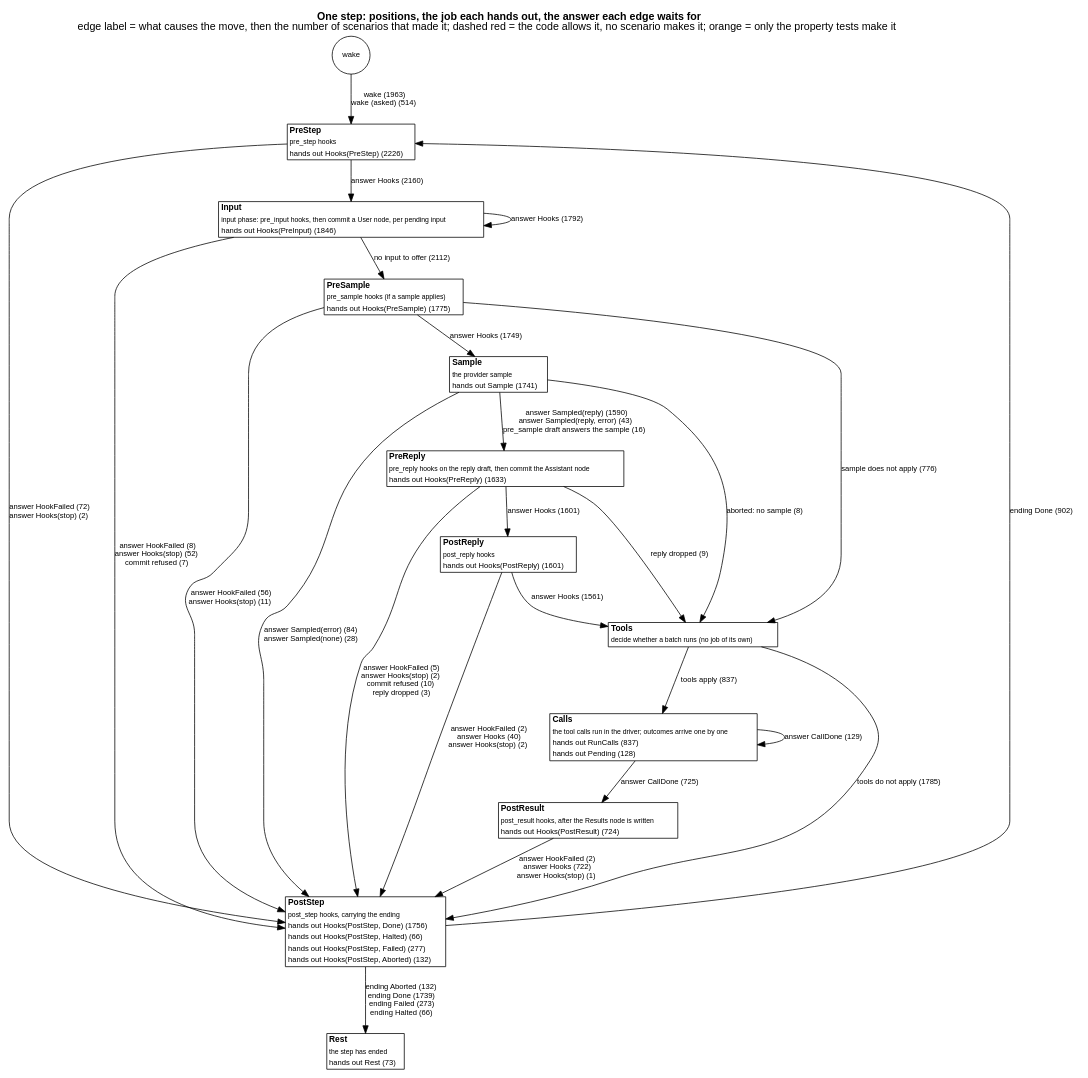
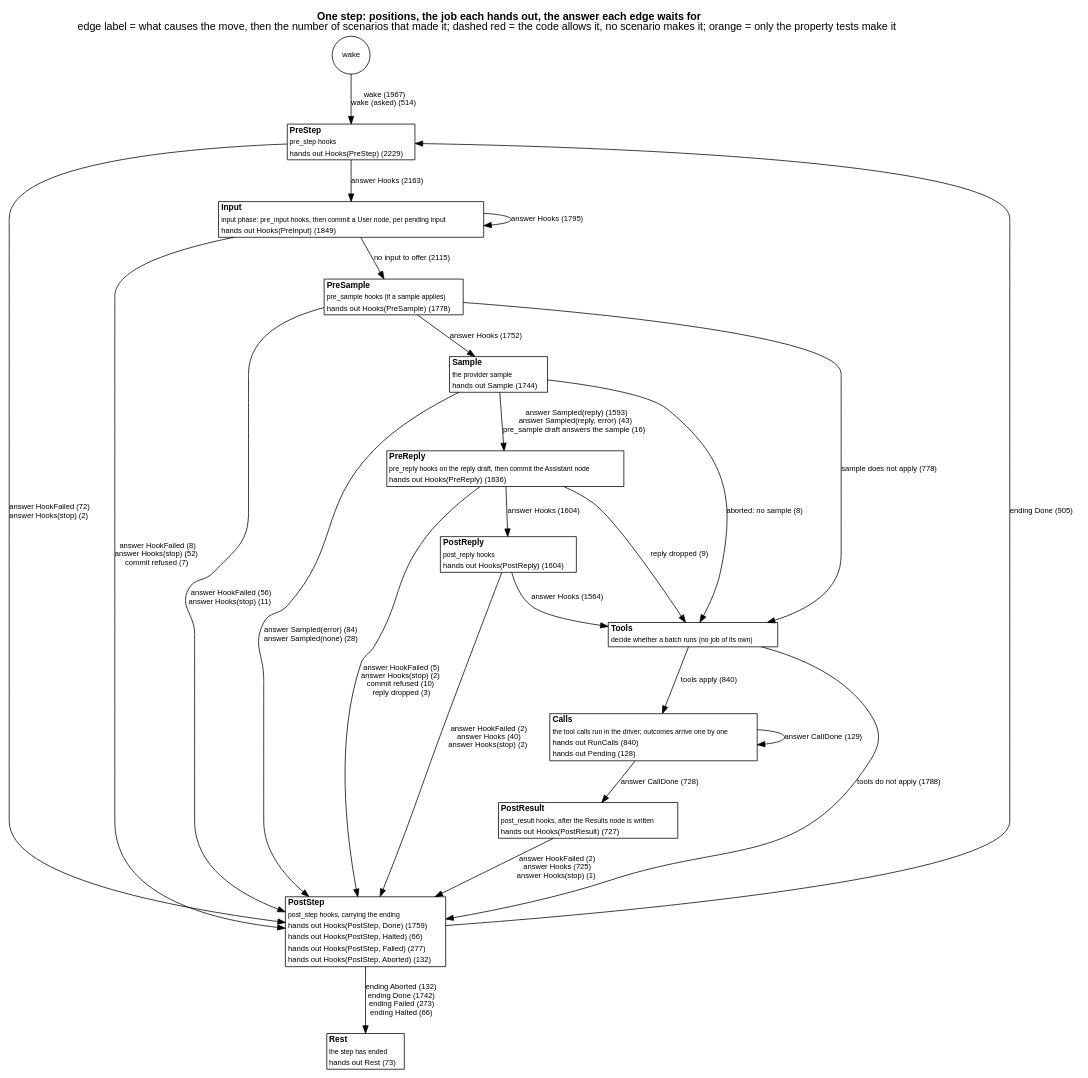
One commit to jmccardle/tau changed the diagram in docs/as-built/diagrams/step-positions.dot. Above: the diagram before and after it, drawn with Graphviz. The commit also changed 2 other files, not shown here.

Commit message:
as-built diagrams: refreshed; the image tests add their runs to the counts

```diff
--- a/docs/as-built/diagrams/step-positions.dot
+++ b/docs/as-built/diagrams/step-positions.dot
@@ -1,42 +1,42 @@
 // Generated by scripts/diagrams.sh from the test suites' transitions. Do not edit.
 digraph step_positions {
   graph [rankdir=TB, fontname="Helvetica", nodesep=0.5, ranksep=0.6, labelloc=t, label=<<b>One step: positions, the job each hands out, the answer each edge waits for</b><br/>edge label = what causes the move, then the number of scenarios that made it; dashed red = the code allows it, no scenario makes it; orange = only the property tests make it>];
   node [shape=plain, fontname="Helvetica", fontsize=11];
   edge [fontname="Helvetica", fontsize=10];
   "(wake)" [shape=circle, label="wake", fontsize=10];
-  "PreStep" [label=<<table border="1" cellborder="0" cellspacing="0" bgcolor="white"><tr><td align="left"><b>PreStep</b></td></tr><tr><td align="left"><font point-size="9">pre_step hooks</font></td></tr><tr><td align="left"><font color="black" point-size="10">hands out Hooks(PreStep) (2226)</font></td></tr></table>>];
-  "Input" [label=<<table border="1" cellborder="0" cellspacing="0" bgcolor="white"><tr><td align="left"><b>Input</b></td></tr><tr><td align="left"><font point-size="9">input phase: pre_input hooks, then commit a User node, per pending input</font></td></tr><tr><td align="left"><font color="black" point-size="10">hands out Hooks(PreInput) (1846)</font></td></tr></table>>];
-  "PreSample" [label=<<table border="1" cellborder="0" cellspacing="0" bgcolor="white"><tr><td align="left"><b>PreSample</b></td></tr><tr><td align="left"><font point-size="9">pre_sample hooks (if a sample applies)</font></td></tr><tr><td align="left"><font color="black" point-size="10">hands out Hooks(PreSample) (1775)</font></td></tr></table>>];
-  "Sample" [label=<<table border="1" cellborder="0" cellspacing="0" bgcolor="white"><tr><td align="left"><b>Sample</b></td></tr><tr><td align="left"><font point-size="9">the provider sample</font></td></tr><tr><td align="left"><font color="black" point-size="10">hands out Sample (1741)</font></td></tr></table>>];
-  "PreReply" [label=<<table border="1" cellborder="0" cellspacing="0" bgcolor="white"><tr><td align="left"><b>PreReply</b></td></tr><tr><td align="left"><font point-size="9">pre_reply hooks on the reply draft, then commit the Assistant node</font></td></tr><tr><td align="left"><font color="black" point-size="10">hands out Hooks(PreReply) (1633)</font></td></tr></table>>];
-  "PostReply" [label=<<table border="1" cellborder="0" cellspacing="0" bgcolor="white"><tr><td align="left"><b>PostReply</b></td></tr><tr><td align="left"><font point-size="9">post_reply hooks</font></td></tr><tr><td align="left"><font color="black" point-size="10">hands out Hooks(PostReply) (1601)</font></td></tr></table>>];
+  "PreStep" [label=<<table border="1" cellborder="0" cellspacing="0" bgcolor="white"><tr><td align="left"><b>PreStep</b></td></tr><tr><td align="left"><font point-size="9">pre_step hooks</font></td></tr><tr><td align="left"><font color="black" point-size="10">hands out Hooks(PreStep) (2229)</font></td></tr></table>>];
+  "Input" [label=<<table border="1" cellborder="0" cellspacing="0" bgcolor="white"><tr><td align="left"><b>Input</b></td></tr><tr><td align="left"><font point-size="9">input phase: pre_input hooks, then commit a User node, per pending input</font></td></tr><tr><td align="left"><font color="black" point-size="10">hands out Hooks(PreInput) (1849)</font></td></tr></table>>];
+  "PreSample" [label=<<table border="1" cellborder="0" cellspacing="0" bgcolor="white"><tr><td align="left"><b>PreSample</b></td></tr><tr><td align="left"><font point-size="9">pre_sample hooks (if a sample applies)</font></td></tr><tr><td align="left"><font color="black" point-size="10">hands out Hooks(PreSample) (1778)</font></td></tr></table>>];
+  "Sample" [label=<<table border="1" cellborder="0" cellspacing="0" bgcolor="white"><tr><td align="left"><b>Sample</b></td></tr><tr><td align="left"><font point-size="9">the provider sample</font></td></tr><tr><td align="left"><font color="black" point-size="10">hands out Sample (1744)</font></td></tr></table>>];
+  "PreReply" [label=<<table border="1" cellborder="0" cellspacing="0" bgcolor="white"><tr><td align="left"><b>PreReply</b></td></tr><tr><td align="left"><font point-size="9">pre_reply hooks on the reply draft, then commit the Assistant node</font></td></tr><tr><td align="left"><font color="black" point-size="10">hands out Hooks(PreReply) (1636)</font></td></tr></table>>];
+  "PostReply" [label=<<table border="1" cellborder="0" cellspacing="0" bgcolor="white"><tr><td align="left"><b>PostReply</b></td></tr><tr><td align="left"><font point-size="9">post_reply hooks</font></td></tr><tr><td align="left"><font color="black" point-size="10">hands out Hooks(PostReply) (1604)</font></td></tr></table>>];
   "Tools" [label=<<table border="1" cellborder="0" cellspacing="0" bgcolor="white"><tr><td align="left"><b>Tools</b></td></tr><tr><td align="left"><font point-size="9">decide whether a batch runs (no job of its own)</font></td></tr></table>>];
-  "Calls" [label=<<table border="1" cellborder="0" cellspacing="0" bgcolor="white"><tr><td align="left"><b>Calls</b></td></tr><tr><td align="left"><font point-size="9">the tool calls run in the driver; outcomes arrive one by one</font></td></tr><tr><td align="left"><font color="black" point-size="10">hands out RunCalls (837)</font></td></tr><tr><td align="left"><font color="black" point-size="10">hands out Pending (128)</font></td></tr></table>>];
-  "PostResult" [label=<<table border="1" cellborder="0" cellspacing="0" bgcolor="white"><tr><td align="left"><b>PostResult</b></td></tr><tr><td align="left"><font point-size="9">post_result hooks, after the Results node is written</font></td></tr><tr><td align="left"><font color="black" point-size="10">hands out Hooks(PostResult) (724)</font></td></tr></table>>];
-  "PostStep" [label=<<table border="1" cellborder="0" cellspacing="0" bgcolor="white"><tr><td align="left"><b>PostStep</b></td></tr><tr><td align="left"><font point-size="9">post_step hooks, carrying the ending</font></td></tr><tr><td align="left"><font color="black" point-size="10">hands out Hooks(PostStep, Done) (1756)</font></td></tr><tr><td align="left"><font color="black" point-size="10">hands out Hooks(PostStep, Halted) (66)</font></td></tr><tr><td align="left"><font color="black" point-size="10">hands out Hooks(PostStep, Failed) (277)</font></td></tr><tr><td align="left"><font color="black" point-size="10">hands out Hooks(PostStep, Aborted) (132)</font></td></tr></table>>];
+  "Calls" [label=<<table border="1" cellborder="0" cellspacing="0" bgcolor="white"><tr><td align="left"><b>Calls</b></td></tr><tr><td align="left"><font point-size="9">the tool calls run in the driver; outcomes arrive one by one</font></td></tr><tr><td align="left"><font color="black" point-size="10">hands out RunCalls (840)</font></td></tr><tr><td align="left"><font color="black" point-size="10">hands out Pending (128)</font></td></tr></table>>];
+  "PostResult" [label=<<table border="1" cellborder="0" cellspacing="0" bgcolor="white"><tr><td align="left"><b>PostResult</b></td></tr><tr><td align="left"><font point-size="9">post_result hooks, after the Results node is written</font></td></tr><tr><td align="left"><font color="black" point-size="10">hands out Hooks(PostResult) (727)</font></td></tr></table>>];
+  "PostStep" [label=<<table border="1" cellborder="0" cellspacing="0" bgcolor="white"><tr><td align="left"><b>PostStep</b></td></tr><tr><td align="left"><font point-size="9">post_step hooks, carrying the ending</font></td></tr><tr><td align="left"><font color="black" point-size="10">hands out Hooks(PostStep, Done) (1759)</font></td></tr><tr><td align="left"><font color="black" point-size="10">hands out Hooks(PostStep, Halted) (66)</font></td></tr><tr><td align="left"><font color="black" point-size="10">hands out Hooks(PostStep, Failed) (277)</font></td></tr><tr><td align="left"><font color="black" point-size="10">hands out Hooks(PostStep, Aborted) (132)</font></td></tr></table>>];
   "Rest" [label=<<table border="1" cellborder="0" cellspacing="0" bgcolor="white"><tr><td align="left"><b>Rest</b></td></tr><tr><td align="left"><font point-size="9">the step has ended</font></td></tr><tr><td align="left"><font color="black" point-size="10">hands out Rest (73)</font></td></tr></table>>];
-  "(wake)" -> "PreStep" [label=<wake (1963)<br/>wake (asked) (514)>, color="black", style=solid];
+  "(wake)" -> "PreStep" [label=<wake (1967)<br/>wake (asked) (514)>, color="black", style=solid];
   "Calls" -> "Calls" [label=<answer CallDone (129)>, color="black", style=solid];
-  "Calls" -> "PostResult" [label=<answer CallDone (725)>, color="black", style=solid];
-  "Input" -> "Input" [label=<answer Hooks (1792)>, color="black", style=solid];
+  "Calls" -> "PostResult" [label=<answer CallDone (728)>, color="black", style=solid];
+  "Input" -> "Input" [label=<answer Hooks (1795)>, color="black", style=solid];
   "Input" -> "PostStep" [label=<answer HookFailed (8)<br/>answer Hooks(stop) (52)<br/>commit refused (7)>, color="black", style=solid];
-  "Input" -> "PreSample" [label=<no input to offer (2112)>, color="black", style=solid];
+  "Input" -> "PreSample" [label=<no input to offer (2115)>, color="black", style=solid];
   "PostReply" -> "PostStep" [label=<answer HookFailed (2)<br/>answer Hooks (40)<br/>answer Hooks(stop) (2)>, color="black", style=solid];
-  "PostReply" -> "Tools" [label=<answer Hooks (1561)>, color="black", style=solid];
-  "PostResult" -> "PostStep" [label=<answer HookFailed (2)<br/>answer Hooks (722)<br/>answer Hooks(stop) (1)>, color="black", style=solid];
-  "PostStep" -> "PreStep" [label=<ending Done (902)>, color="black", style=solid];
-  "PostStep" -> "Rest" [label=<ending Aborted (132)<br/>ending Done (1739)<br/>ending Failed (273)<br/>ending Halted (66)>, color="black", style=solid];
-  "PreReply" -> "PostReply" [label=<answer Hooks (1601)>, color="black", style=solid];
+  "PostReply" -> "Tools" [label=<answer Hooks (1564)>, color="black", style=solid];
+  "PostResult" -> "PostStep" [label=<answer HookFailed (2)<br/>answer Hooks (725)<br/>answer Hooks(stop) (1)>, color="black", style=solid];
+  "PostStep" -> "PreStep" [label=<ending Done (905)>, color="black", style=solid];
+  "PostStep" -> "Rest" [label=<ending Aborted (132)<br/>ending Done (1742)<br/>ending Failed (273)<br/>ending Halted (66)>, color="black", style=solid];
+  "PreReply" -> "PostReply" [label=<answer Hooks (1604)>, color="black", style=solid];
   "PreReply" -> "PostStep" [label=<answer HookFailed (5)<br/>answer Hooks(stop) (2)<br/>commit refused (10)<br/>reply dropped (3)>, color="black", style=solid];
   "PreReply" -> "Tools" [label=<reply dropped (9)>, color="black", style=solid];
   "PreSample" -> "PostStep" [label=<answer HookFailed (56)<br/>answer Hooks(stop) (11)>, color="black", style=solid];
-  "PreSample" -> "Sample" [label=<answer Hooks (1749)>, color="black", style=solid];
-  "PreSample" -> "Tools" [label=<sample does not apply (776)>, color="black", style=solid];
-  "PreStep" -> "Input" [label=<answer Hooks (2160)>, color="black", style=solid];
+  "PreSample" -> "Sample" [label=<answer Hooks (1752)>, color="black", style=solid];
+  "PreSample" -> "Tools" [label=<sample does not apply (778)>, color="black", style=solid];
+  "PreStep" -> "Input" [label=<answer Hooks (2163)>, color="black", style=solid];
   "PreStep" -> "PostStep" [label=<answer HookFailed (72)<br/>answer Hooks(stop) (2)>, color="black", style=solid];
   "Sample" -> "PostStep" [label=<answer Sampled(error) (84)<br/>answer Sampled(none) (28)>, color="black", style=solid];
-  "Sample" -> "PreReply" [label=<answer Sampled(reply) (1590)<br/>answer Sampled(reply, error) (43)<br/>pre_sample draft answers the sample (16)>, color="black", style=solid];
+  "Sample" -> "PreReply" [label=<answer Sampled(reply) (1593)<br/>answer Sampled(reply, error) (43)<br/>pre_sample draft answers the sample (16)>, color="black", style=solid];
   "Sample" -> "Tools" [label=<aborted: no sample (8)>, color="black", style=solid];
-  "Tools" -> "Calls" [label=<tools apply (837)>, color="black", style=solid];
-  "Tools" -> "PostStep" [label=<tools do not apply (1785)>, color="black", style=solid];
+  "Tools" -> "Calls" [label=<tools apply (840)>, color="black", style=solid];
+  "Tools" -> "PostStep" [label=<tools do not apply (1788)>, color="black", style=solid];
 }
```
